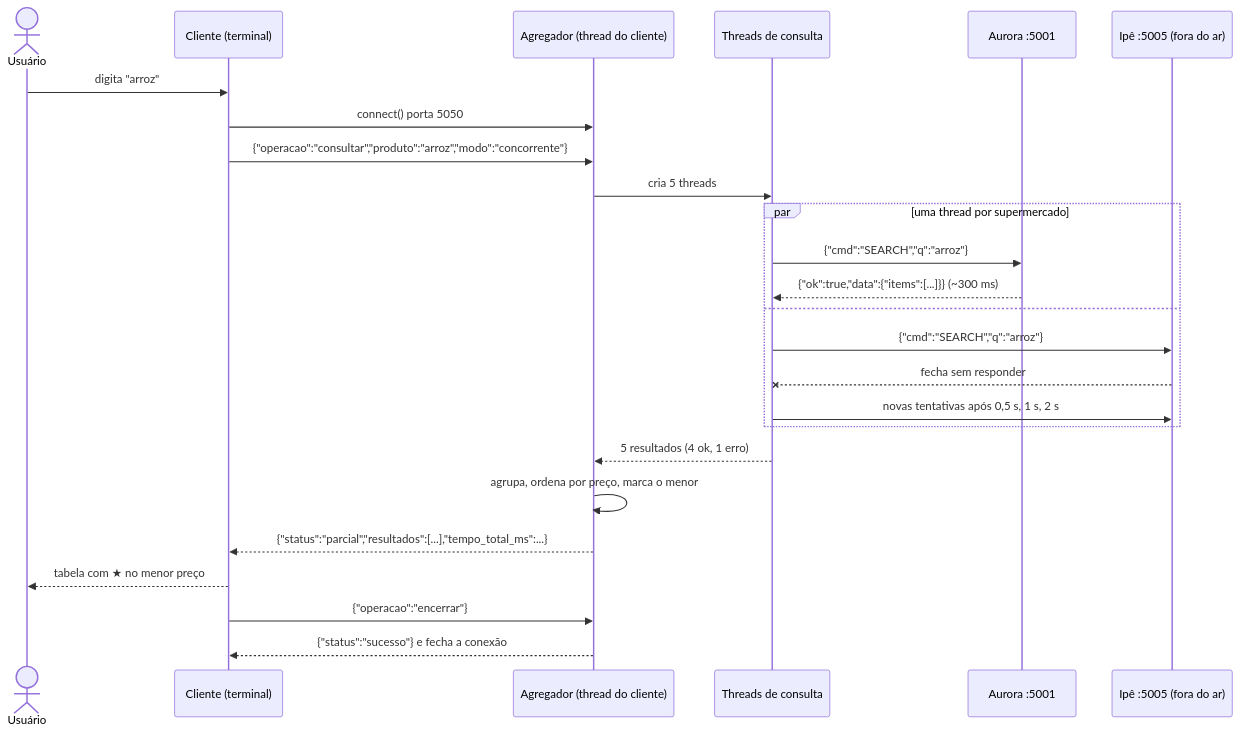
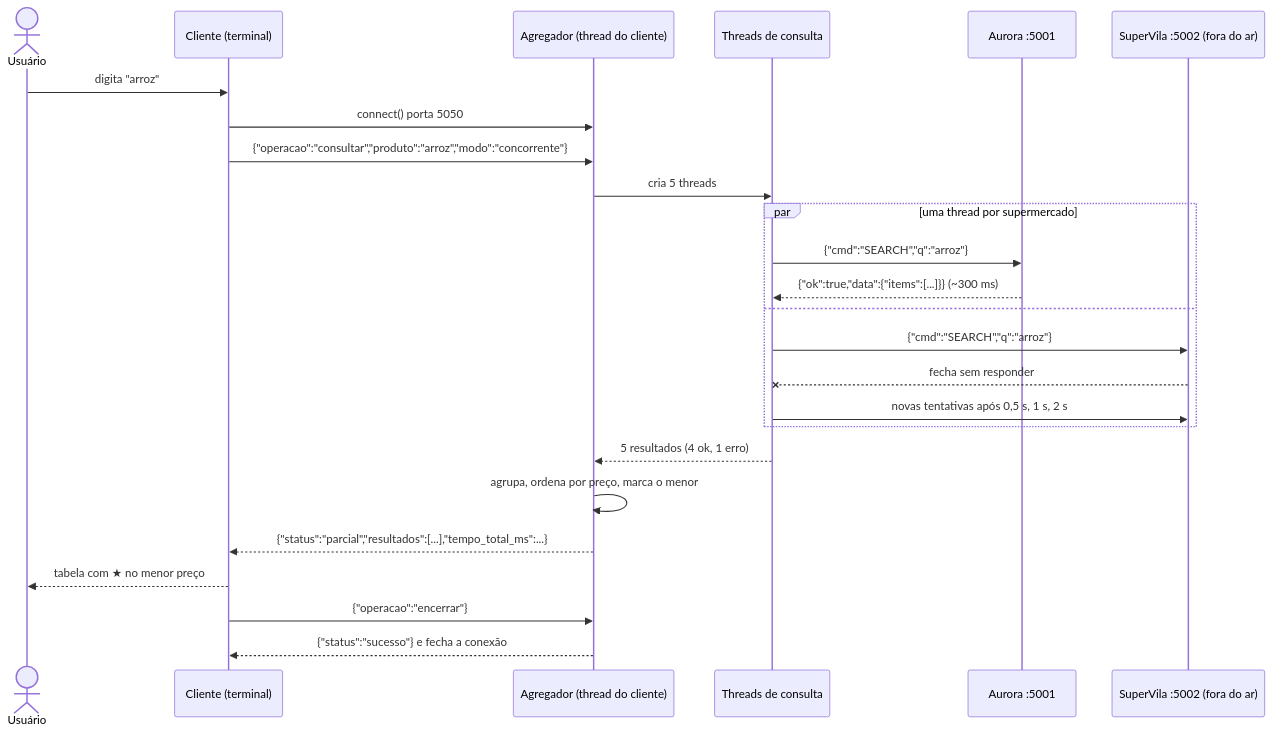
Before and after one commit to coelhomarcus/market-sync: the third of 4 diagrams in docs/arquitetura.md, drawn with Mermaid. The commit also changed other lines of this file and 51 other files, not shown here.

````diff
--- a/docs/arquitetura.md
+++ b/docs/arquitetura.md
@@ -111,28 +149,28 @@
 ```mermaid
 sequenceDiagram
     actor U as Usuário
     participant C as Cliente (terminal)
     participant A as Agregador (thread do cliente)
     participant T as Threads de consulta
     participant M1 as Aurora :5001
-    participant M5 as Ipê :5005 (fora do ar)
+    participant M2 as SuperVila :5002 (fora do ar)
 
     U->>C: digita "arroz"
     C->>A: connect() porta 5050
     C->>A: {"operacao":"consultar","produto":"arroz","modo":"concorrente"}
     A->>T: cria 5 threads
     par uma thread por supermercado
         T->>M1: {"cmd":"SEARCH","q":"arroz"}
         M1-->>T: {"ok":true,"data":{"items":[...]}} (~300 ms)
     and
-        T->>M5: {"cmd":"SEARCH","q":"arroz"}
-        M5--xT: fecha sem responder
-        T->>M5: novas tentativas após 0,5 s, 1 s, 2 s
+        T->>M2: {"cmd":"SEARCH","q":"arroz"}
+        M2--xT: fecha sem responder
+        T->>M2: novas tentativas após 0,5 s, 1 s, 2 s
     end
     T-->>A: 5 resultados (4 ok, 1 erro)
     A->>A: agrupa, ordena por preço, marca o menor
     A-->>C: {"status":"parcial","resultados":[...],"tempo_total_ms":...}
     C-->>U: tabela com ★ no menor preço
     C->>A: {"operacao":"encerrar"}
     A-->>C: {"status":"sucesso"} e fecha a conexão
 ```
````
